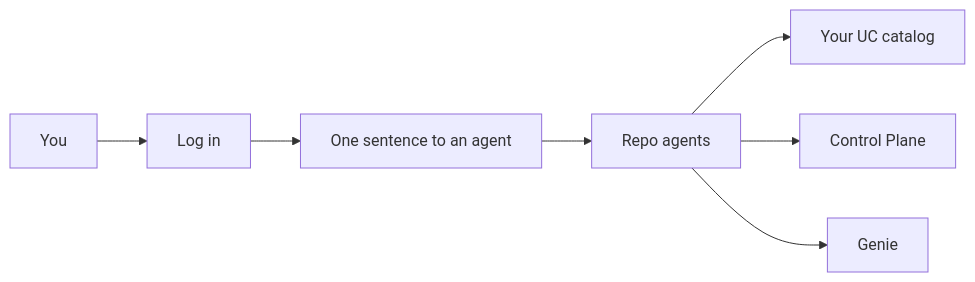
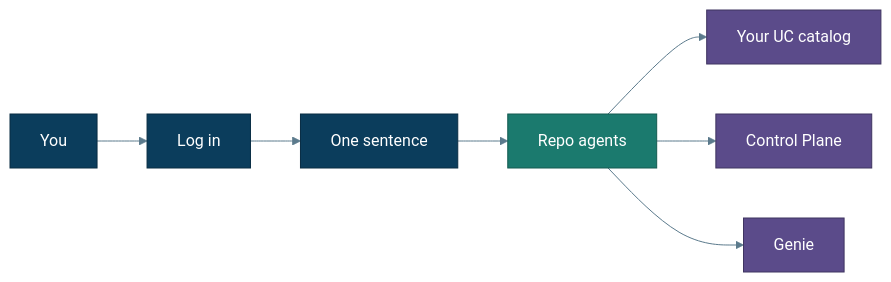
One commit to Jericho2010/edwmigration changed the first of 2 diagrams in README.md. Above: the diagram before and after it, drawn with Mermaid. The commit also changed other lines of this file and 25 other files, not shown here.

First line of the commit message:
Add enterprise SoD docs, themed diagrams, glossary, and Cursor UI guide.

````diff
--- a/README.md
+++ b/README.md
@@ -7,9 +7,16 @@
 ```mermaid
+%%{init: {"theme":"base","themeVariables":{"primaryColor":"#E8F1F8","primaryTextColor":"#0B3D5C","primaryBorderColor":"#0B3D5C","lineColor":"#5B7A8C","secondaryColor":"#E6F4F1","tertiaryColor":"#F7F3EA","background":"#FFFFFF","mainBkg":"#E8F1F8","clusterBkg":"#F7FAFC","clusterBorder":"#5B7A8C","titleColor":"#0B3D5C","edgeLabelBackground":"#FFFFFF"}}}%%
 flowchart LR
   You[You] --> Login[Log in]
-  Login --> Say[One sentence to an agent]
+  Login --> Say[One sentence]
   Say --> Agents[Repo agents]
   Agents --> Cat[Your UC catalog]
   Agents --> Dash[Control Plane]
   Agents --> Genie[Genie]
+  classDef user fill:#0B3D5C,stroke:#082C43,color:#fff
+  classDef agent fill:#1B7A6E,stroke:#145A51,color:#fff
+  classDef ops fill:#5B4B8A,stroke:#3F3460,color:#fff
+  class You,Login,Say user
+  class Agents agent
+  class Cat,Dash,Genie ops
 ```
````
